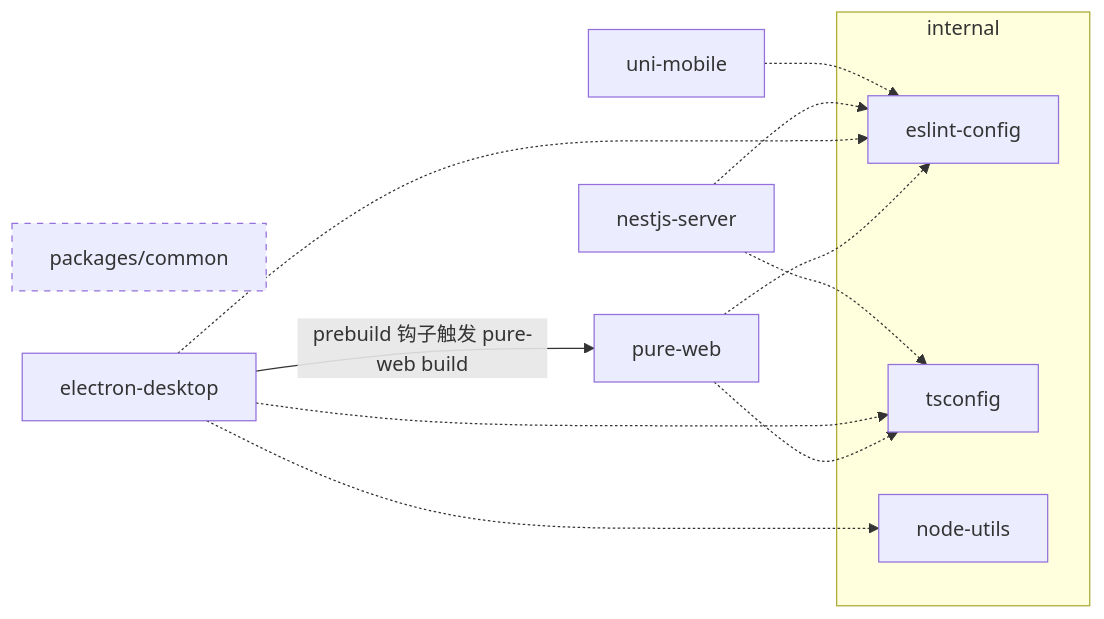
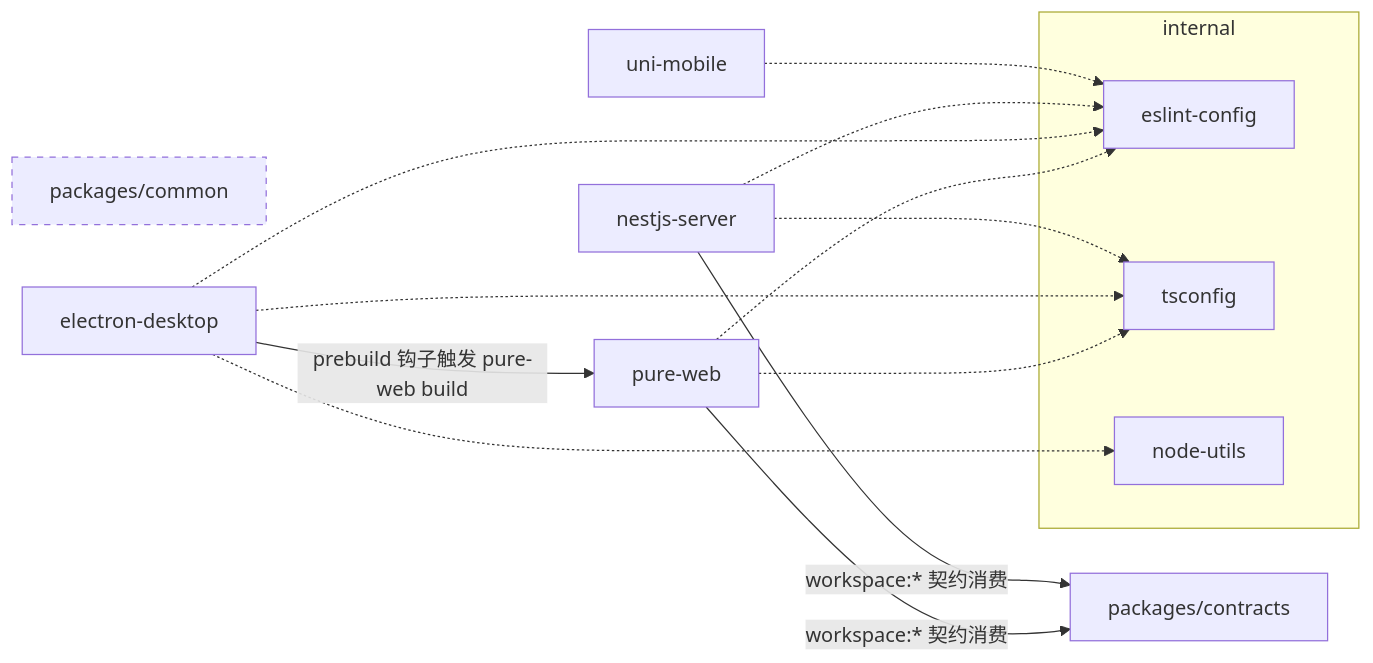
One commit to 25lonelyboy/wewant-multi-admin changed the diagram in docs/architecture/repo-structure.md. Above: the diagram before and after it, drawn with Mermaid. The commit also changed other lines of this file and 10 other files, not shown here.

````diff
--- a/docs/architecture/repo-structure.md
+++ b/docs/architecture/repo-structure.md
@@ -31,19 +32,22 @@
 ```mermaid
 flowchart LR
     common["packages/common"]:::unused
+    contracts["packages/contracts"]
     subgraph internal
         eslint["eslint-config"]
         tsconfig["tsconfig"]
         nodeutils["node-utils"]
     end
     web["pure-web"]
     desktop["electron-desktop"]
     server["nestjs-server"]
     mobile["uni-mobile"]
     desktop -- "prebuild 钩子触发 pure-web build" --> web
+    web -- "workspace:* 契约消费" --> contracts
+    server -- "workspace:* 契约消费" --> contracts
     web -.-> eslint & tsconfig
     desktop -.-> nodeutils & tsconfig & eslint
     server -.-> tsconfig & eslint
     mobile -.-> eslint
     classDef unused stroke-dasharray: 5 5
 ```
````
